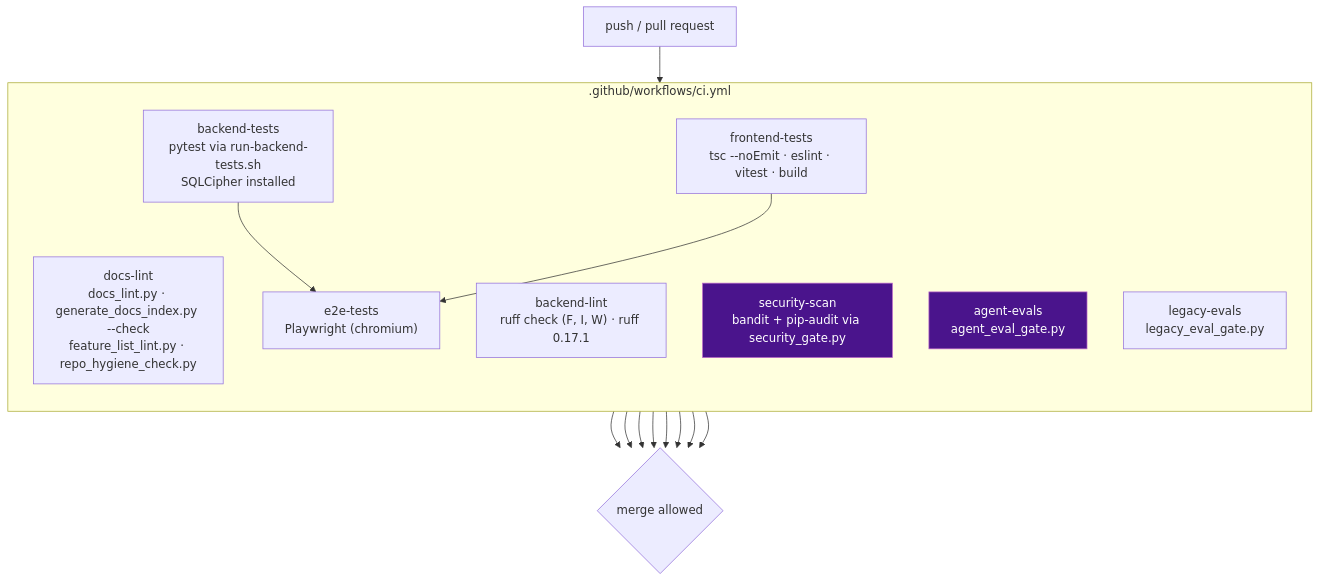
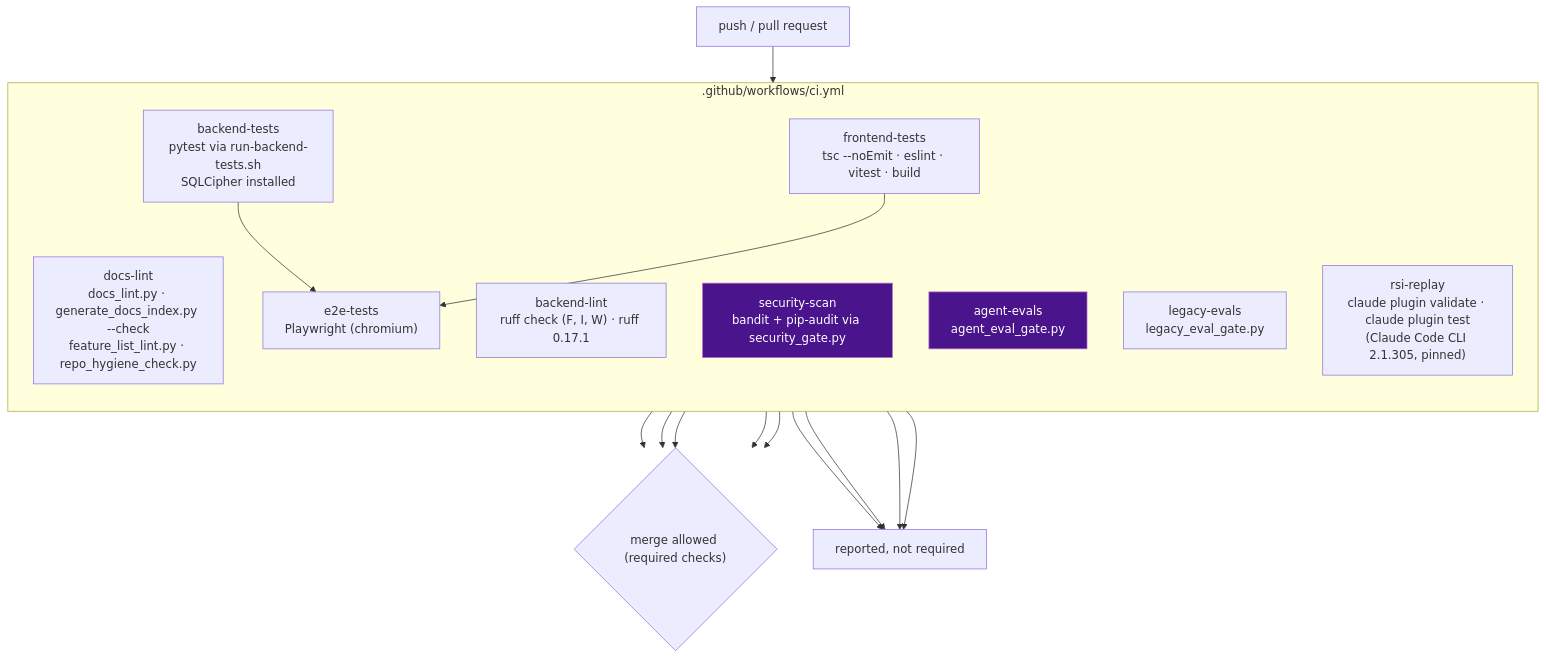
One commit to BrooklynD23/HealthCentral changed the diagram in docs/architecture/ci-and-quality-gates.md. Above: the diagram before and after it, drawn with Mermaid. The commit also changed other lines of this file, not shown here.

Commit message:
docs(architecture): add rsi-replay job and Required column to CI gates doc (RRSI-CI-DOCS)

````diff
--- a/docs/architecture/ci-and-quality-gates.md
+++ b/docs/architecture/ci-and-quality-gates.md
@@ -11,31 +11,34 @@
 ```mermaid
 flowchart TD
     PUSH["push / pull request"] --> JOBS
 
     subgraph JOBS[".github/workflows/ci.yml"]
         direction TB
         DOCS["docs-lint<br/>docs_lint.py · generate_docs_index.py --check<br/>feature_list_lint.py · repo_hygiene_check.py"]
         BE["backend-tests<br/>pytest via run-backend-tests.sh<br/>SQLCipher installed"]
         LINT["backend-lint<br/>ruff check (F, I, W) · ruff 0.17.1"]
         FE["frontend-tests<br/>tsc --noEmit · eslint · vitest · build"]
         SEC["security-scan<br/>bandit + pip-audit via security_gate.py"]
         EVAL["agent-evals<br/>agent_eval_gate.py"]
         LEGACY["legacy-evals<br/>legacy_eval_gate.py"]
         E2E["e2e-tests<br/>Playwright (chromium)"]
+        RSI["rsi-replay<br/>claude plugin validate · claude plugin test<br/>(Claude Code CLI 2.1.305, pinned)"]
     end
 
     BE --> E2E
     FE --> E2E
 
-    DOCS --> MERGE{"merge allowed"}
+    DOCS --> MERGE{"merge allowed (required checks)"}
     BE --> MERGE
-    LINT --> MERGE
     FE --> MERGE
     SEC --> MERGE
     EVAL --> MERGE
-    LEGACY --> MERGE
-    E2E --> MERGE
+
+    LINT --> REPORTED["reported, not required"]
+    LEGACY --> REPORTED
+    E2E --> REPORTED
+    RSI --> REPORTED
 
     style EVAL fill:#4a148c,stroke:#ba68c8,color:#fff
     style SEC fill:#4a148c,stroke:#ba68c8,color:#fff
 ```
````
